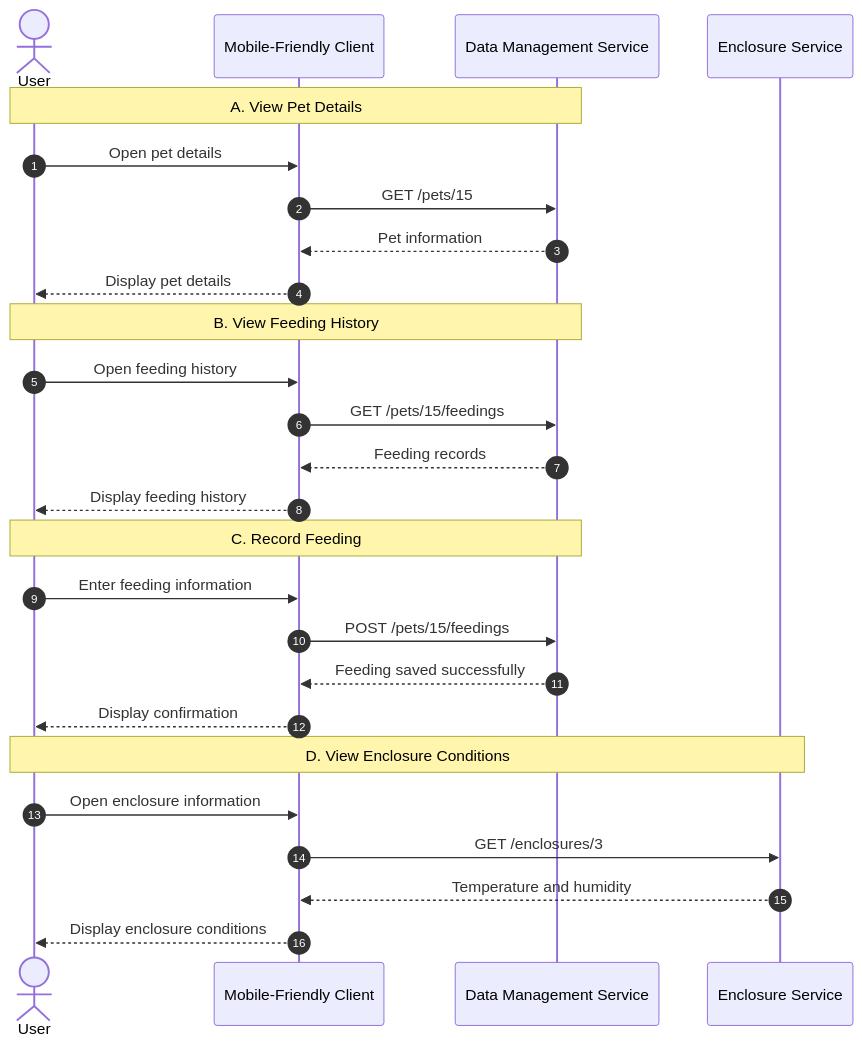
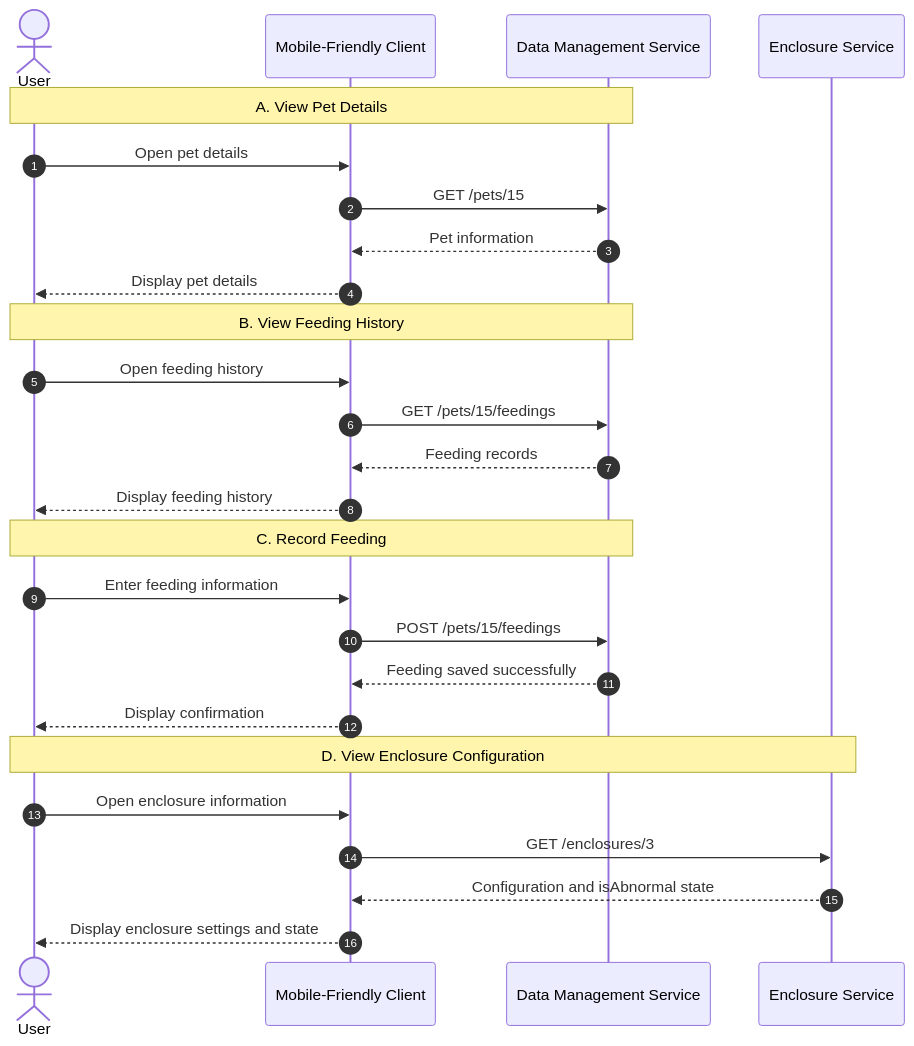
The second of 3 diagrams in docs/architecture.md (HugoLugo/exotic-pet-keeper-programming5), drawn with Mermaid before and after one commit. The commit also changed other lines of this file and 3 other files, not shown here.

````diff
--- a/docs/architecture.md
+++ b/docs/architecture.md
@@ -224,37 +225,37 @@
 ```mermaid
 sequenceDiagram
     autonumber
 
     actor User
     participant App as Mobile-Friendly Client
     participant Data as Data Management Service
     participant Enclosure as Enclosure Service
 
     Note over User,Data: A. View Pet Details
 
     User->>App: Open pet details
     App->>Data: GET /pets/15
     Data-->>App: Pet information
     App-->>User: Display pet details
 
     Note over User,Data: B. View Feeding History
 
     User->>App: Open feeding history
     App->>Data: GET /pets/15/feedings
     Data-->>App: Feeding records
     App-->>User: Display feeding history
 
     Note over User,Data: C. Record Feeding
 
     User->>App: Enter feeding information
     App->>Data: POST /pets/15/feedings
     Data-->>App: Feeding saved successfully
     App-->>User: Display confirmation
 
-    Note over User,Enclosure: D. View Enclosure Conditions
+    Note over User,Enclosure: D. View Enclosure Configuration
 
     User->>App: Open enclosure information
     App->>Enclosure: GET /enclosures/3
-    Enclosure-->>App: Temperature and humidity
-    App-->>User: Display enclosure conditions
+    Enclosure-->>App: Configuration and isAbnormal state
+    App-->>User: Display enclosure settings and state
 ```
````
